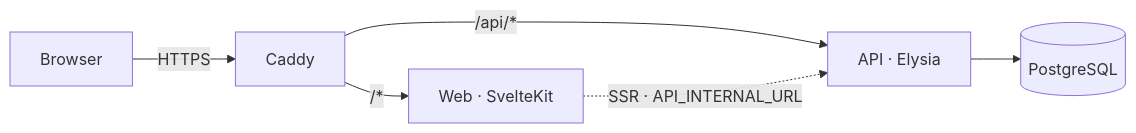
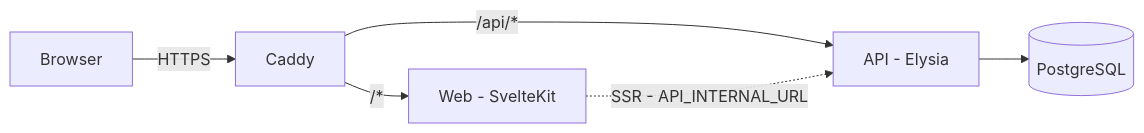
Before and after one commit to Deckhandhq/deckhand: the diagram in README.md, drawn with Mermaid. The commit also changed other lines of this file and 16 other files, not shown here.

````diff
--- a/README.md
+++ b/README.md
@@ -35,8 +24,8 @@
 ```mermaid
 flowchart LR
     U[Browser] -->|HTTPS| C[Caddy]
-    C -->|"/api/*"| A[API · Elysia]
-    C -->|"/*"| W[Web · SvelteKit]
+    C -->|"/api/*"| A[API - Elysia]
+    C -->|"/*"| W[Web - SvelteKit]
     A --> P[(PostgreSQL)]
-    W -.->|"SSR · API_INTERNAL_URL"| A
+    W -.->|"SSR - API_INTERNAL_URL"| A
 ```
````
